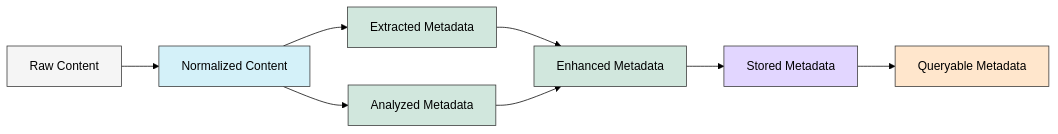
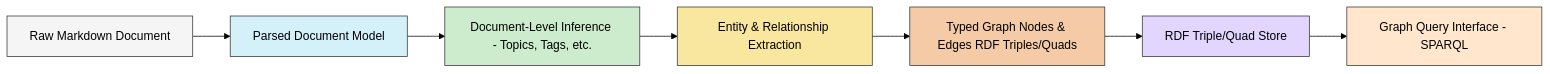
Before and after one commit to dstengle/knowledgebase-processor: the diagram in docs/architecture/system-overview/data-flow.md, drawn with Mermaid (forest theme). The commit also changed other lines of this file and 6 other files, not shown here.

First line of the commit message:
docs: Document architectural shift to knowledge graph/RDF (#28)

````diff
--- a/docs/architecture/system-overview/data-flow.md
+++ b/docs/architecture/system-overview/data-flow.md
@@ -15,18 +18,17 @@
 ```mermaid
 flowchart LR
-    A[Raw Content] --> B[Normalized Content]
-    B --> C[Extracted Metadata]
-    B --> D[Analyzed Metadata]
-    C --> E[Enhanced Metadata]
-    D --> E
-    E --> F[Stored Metadata]
-    F --> G[Queryable Metadata]
-    
+    A[Raw Markdown Document] --> B[Parsed Document Model]
+    B --> C[Document-Level Inference - Topics, Tags, etc.]
+    C --> D[Entity & Relationship Extraction]
+    D --> E[Typed Graph Nodes & Edges RDF Triples/Quads]
+    E --> F[RDF Triple/Quad Store]
+    F --> G[Graph Query Interface - SPARQL]
+
     style A fill:#f5f5f5,stroke:#333,stroke-width:1px
     style B fill:#d4f1f9,stroke:#333,stroke-width:1px
-    style C fill:#d1e7dd,stroke:#333,stroke-width:1px
-    style D fill:#d1e7dd,stroke:#333,stroke-width:1px
-    style E fill:#d1e7dd,stroke:#333,stroke-width:1px
+    style C fill:#cdeccd,stroke:#333,stroke-width:1px
+    style D fill:#f9e79f,stroke:#333,stroke-width:1px
+    style E fill:#f5cba7,stroke:#333,stroke-width:1px
     style F fill:#e2d6ff,stroke:#333,stroke-width:1px
     style G fill:#ffe6cc,stroke:#333,stroke-width:1px
 ```
````
